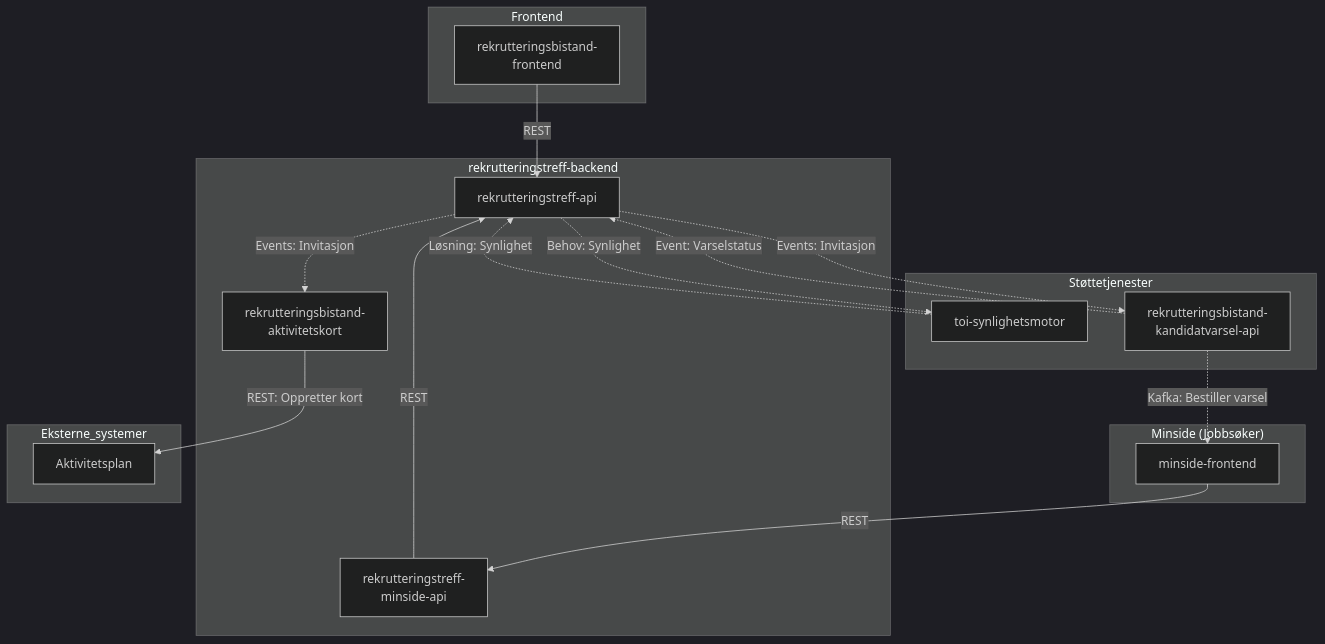
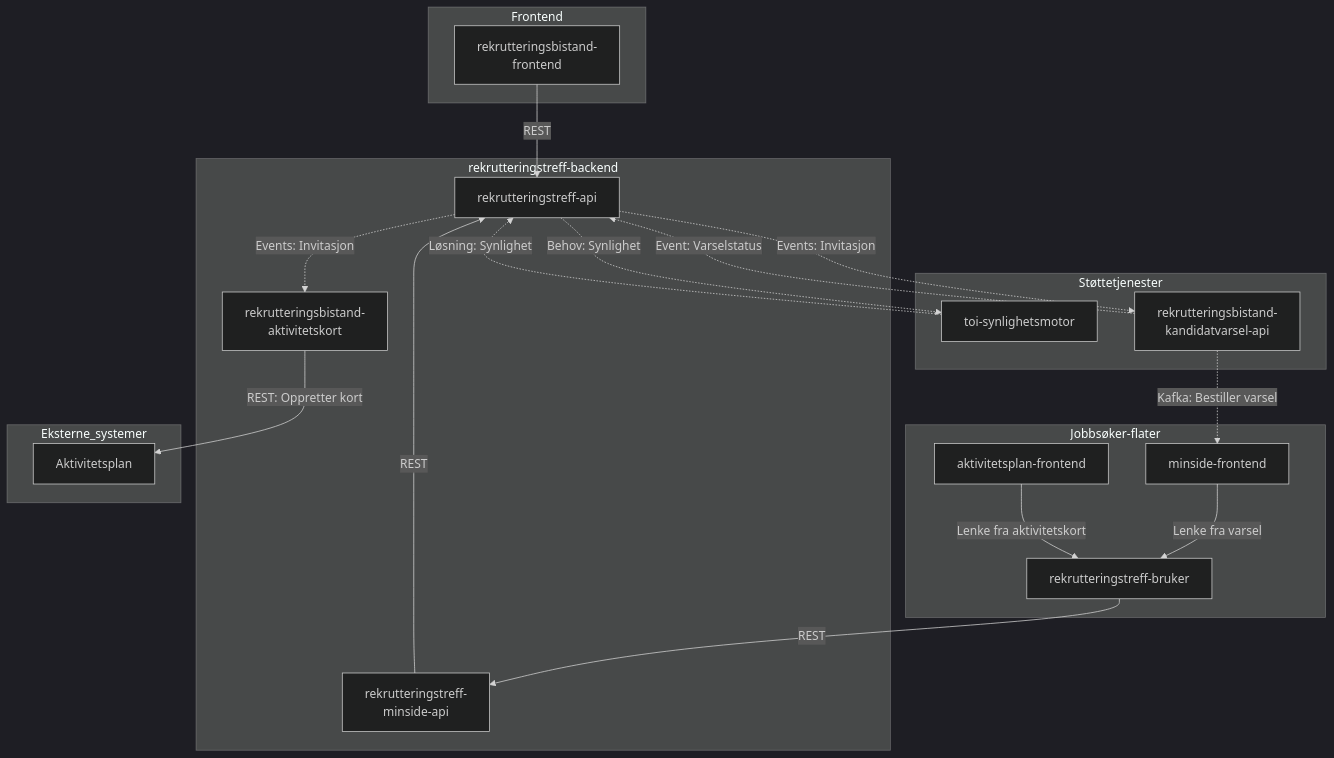
The diagram in docs/1-oversikt/oversikt.md (navikt/rekrutteringstreff-backend), drawn with Mermaid (dark theme) before and after one commit. The commit also changed other lines of this file and 3 other files, not shown here.

````diff
--- a/docs/1-oversikt/oversikt.md
+++ b/docs/1-oversikt/oversikt.md
@@ -17,41 +17,46 @@
 ```mermaid
 graph TD
     subgraph Frontend
         RBF[rekrutteringsbistand-<br/>frontend]
     end
 
-    subgraph "Minside (Jobbsøker)"
+    subgraph "Jobbsøker-flater"
+        RTB[rekrutteringstreff-bruker]
         MINSIDE_FE[minside-frontend]
+        AKTIVITET_FE[aktivitetsplan-frontend]
     end
 
     subgraph "rekrutteringstreff-backend"
         API[rekrutteringstreff-api]
         MINSIDE_API[rekrutteringstreff-<br/>minside-api]
         AK[rekrutteringsbistand-<br/>aktivitetskort]
     end
 
     subgraph Støttetjenester
         SYN[toi-synlighetsmotor]
         VARSEL[rekrutteringsbistand-<br/>kandidatvarsel-api]
     end
 
     subgraph Eksterne_systemer
         AKTIVITET[Aktivitetsplan]
     end
 
     %% Kommunikasjon (REST)
     RBF -->|REST| API
-    MINSIDE_FE -->|REST| MINSIDE_API
+    RTB -->|REST| MINSIDE_API
     MINSIDE_API -->|REST| API
     AK -->|REST: Oppretter kort| AKTIVITET
 
+    %% Jobbsøker-innganger
+    MINSIDE_FE -->|Lenke fra varsel| RTB
+    AKTIVITET_FE -->|Lenke fra aktivitetskort| RTB
+
     %% Kafka-flyt (Rapids & Rivers)
-    %% Stiplet linje indikerer asynkron kommunikasjon via Kafka
     API -.->|Events: Invitasjon| AK
     API -.->|Events: Invitasjon| VARSEL
     API -.->|Behov: Synlighet| SYN
     VARSEL -.->|Kafka: Bestiller varsel| MINSIDE_FE
 
     SYN -.->|Løsning: Synlighet| API
     VARSEL -.->|Event: Varselstatus| API
 ```
````
